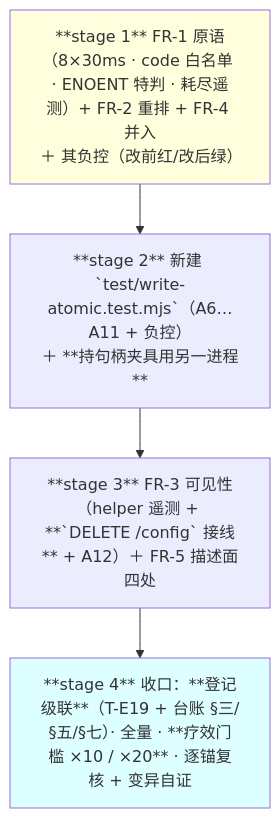
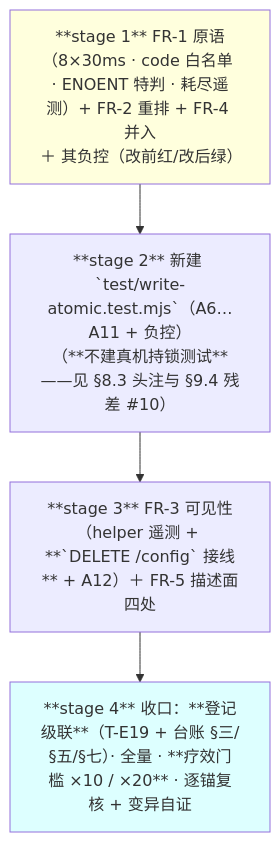
Before and after one commit to shenhuanageshei/dsh-thincoder-suite: the third of 3 diagrams in docs/2026-09-17-writefileatomic-design.md, drawn with Mermaid. The commit also changed other lines of this file and 3 other files, not shown here.

````diff
--- a/docs/2026-09-17-writefileatomic-design.md
+++ b/docs/2026-09-17-writefileatomic-design.md
@@ -388,9 +391,9 @@
 ```mermaid
 flowchart TD
   S1["**stage 1** FR-1 原语（8×30ms · code 白名单 · ENOENT 特判 · 耗尽遥测）+ FR-2 重排 + FR-4 并入<br/>＋ 其负控（改前红/改后绿）"] --> S2
-  S2["**stage 2** 新建 `test/write-atomic.test.mjs`（A6…A11 + 负控）<br/>＋ **持句柄夹具用另一进程**"] --> S3
+  S2["**stage 2** 新建 `test/write-atomic.test.mjs`（A6…A11 + 负控）<br/>（**不建真机持锁测试**——见 §8.3 头注与 §9.4 残差 #10）"] --> S3
   S3["**stage 3** FR-3 可见性（helper 遥测 + **`DELETE /config` 接线** + A12）＋ FR-5 描述面四处"] --> S4
   S4["**stage 4** 收口：**登记级联**（T-E19 + 台账 §三/§五/§七）· 全量 · **疗效门槛 ×10 / ×20** · 逐锚复核 + 变异自证"]
   style S1 fill:#ffd
   style S4 fill:#dff
 ```
````
